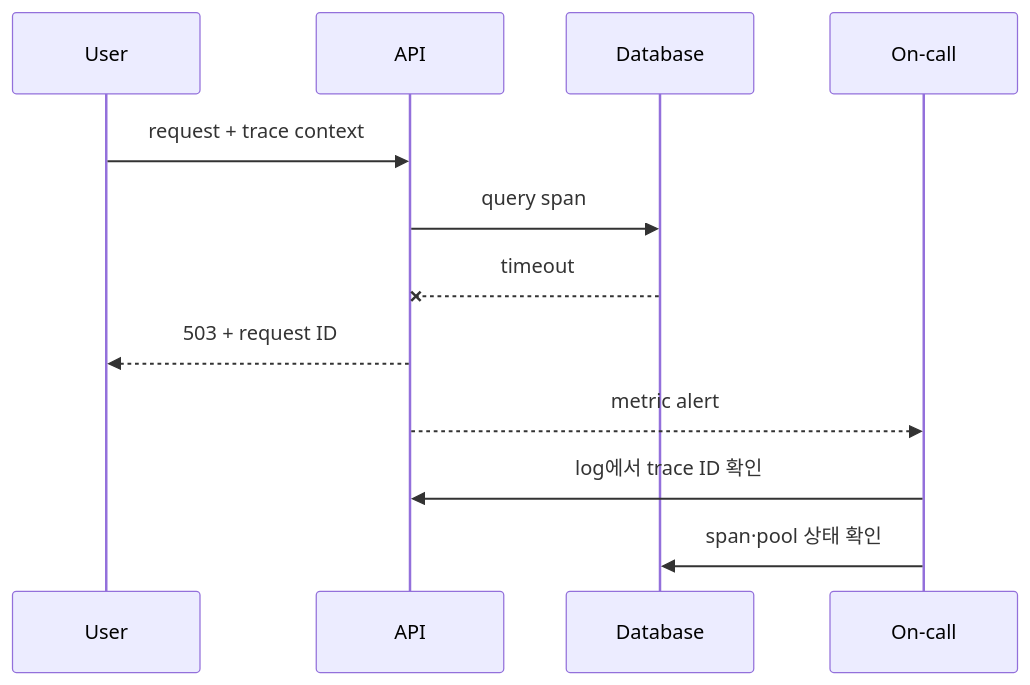
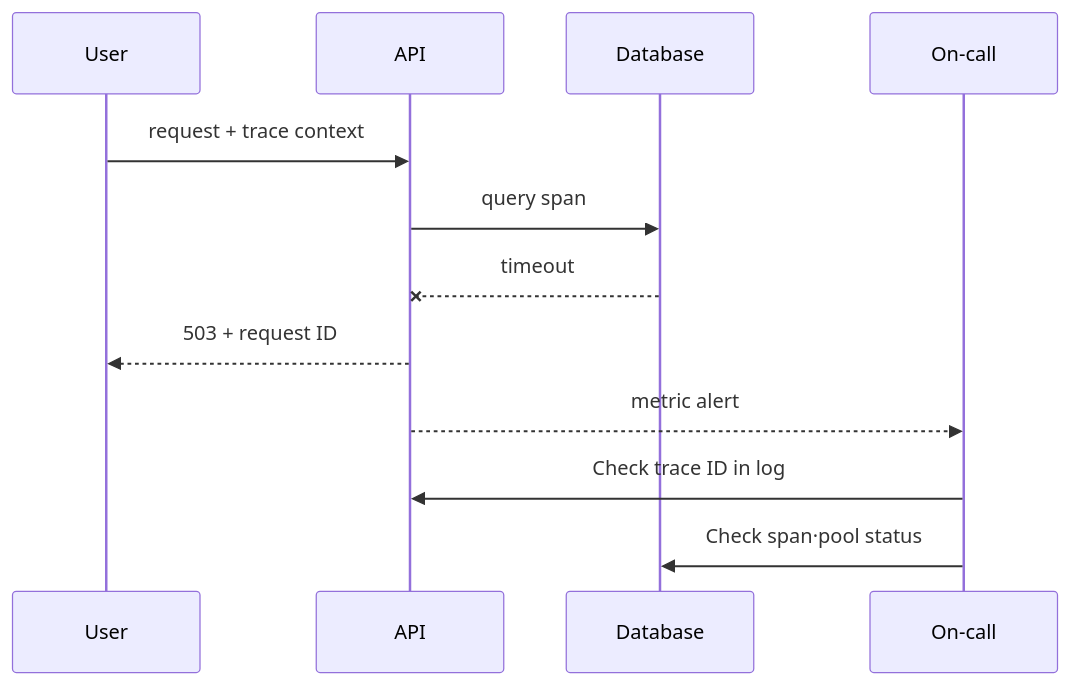
The diagram in docs-site/content/observability-sre/02-correlation-and-alert-lab.md (nohdol97/nohdol-study), drawn with Mermaid before and after one commit. The commit also changed other lines of this file and 116 other files, not shown here.

````diff
--- a/docs-site/content/observability-sre/02-correlation-and-alert-lab.md
+++ b/docs-site/content/observability-sre/02-correlation-and-alert-lab.md
@@ -71,14 +71,14 @@
 ```mermaid
 sequenceDiagram
     participant U as User
     participant A as API
     participant D as Database
     participant O as On-call
     U->>A: request + trace context
     A->>D: query span
     D--xA: timeout
     A-->>U: 503 + request ID
     A-->>O: metric alert
-    O->>A: log에서 trace ID 확인
-    O->>D: span·pool 상태 확인
+    O->>A: Check trace ID in log
+    O->>D: Check span·pool status
 ```
````
